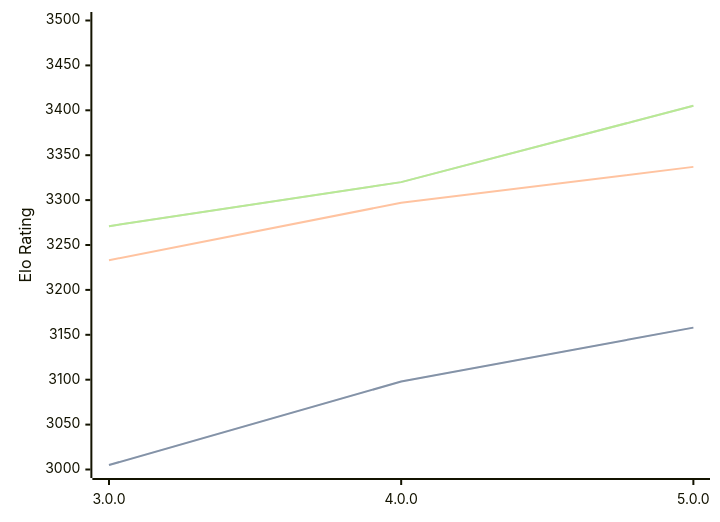
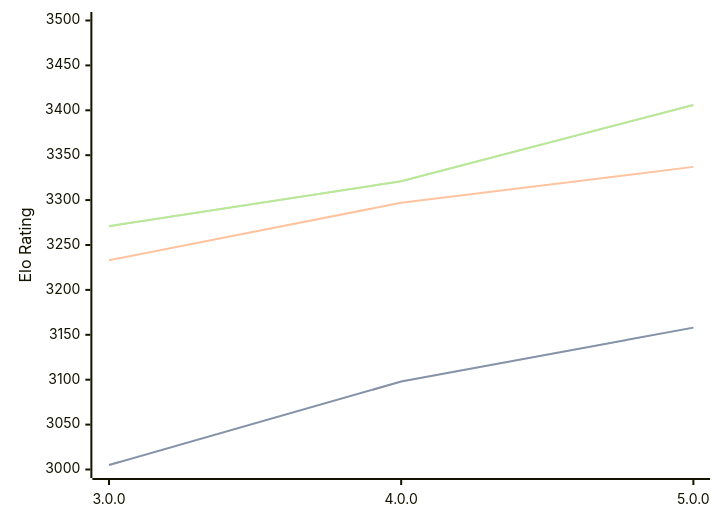
Before and after one commit to computer-chess-index/cci: the diagram in engines/Minke.md, drawn with Mermaid. The commit also changed other lines of this file, not shown here.

Commit message:
Update CCI Ratings (ELO VLTC) - 2026-03-27

````diff
--- a/engines/Minke.md
+++ b/engines/Minke.md
@@ -35,11 +35,11 @@
 ```mermaid
 %%{init: {"theme":"base","themeVariables":{"seriesColors:['#a3a3a3','#222221','#faa371']}}}%%
 xychart-beta
   x-axis ["3.0.0", "4.0.0", "5.0.0"]
   y-axis "Elo Rating" 3000 --> 3500
   line "STC (8.0+0.08s)" [3005, 3098, 3158]
   line "STC (8.0+0.08s)" [3005, 3098, 3158]
   line "LTC (60.0+0.60s)" [3233, 3297, 3337]
-  line "VLTC (2m24s+1.12s)" [3271, 3320, 3405]
-  line "VLTC (2m24s+1.12s)" [3271, 3320, 3405]
+  line "VLTC (2m24s+1.12s)" [3271, 3321, 3406]
+  line "VLTC (2m24s+1.12s)" [3271, 3321, 3406]
 ```
````
